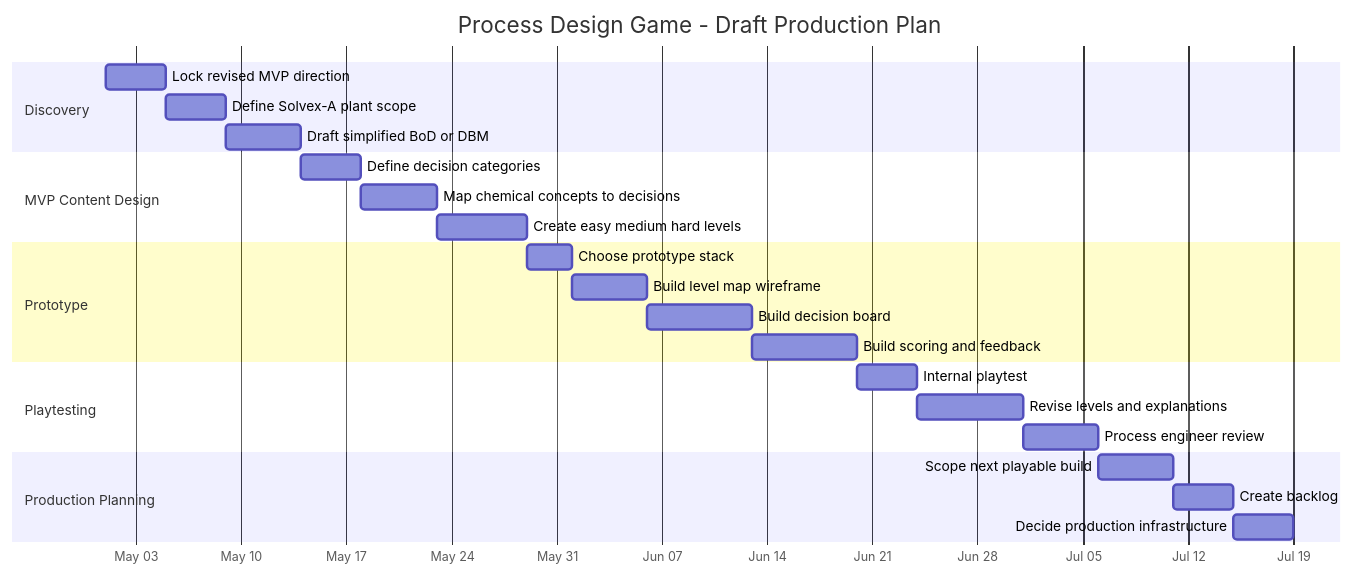
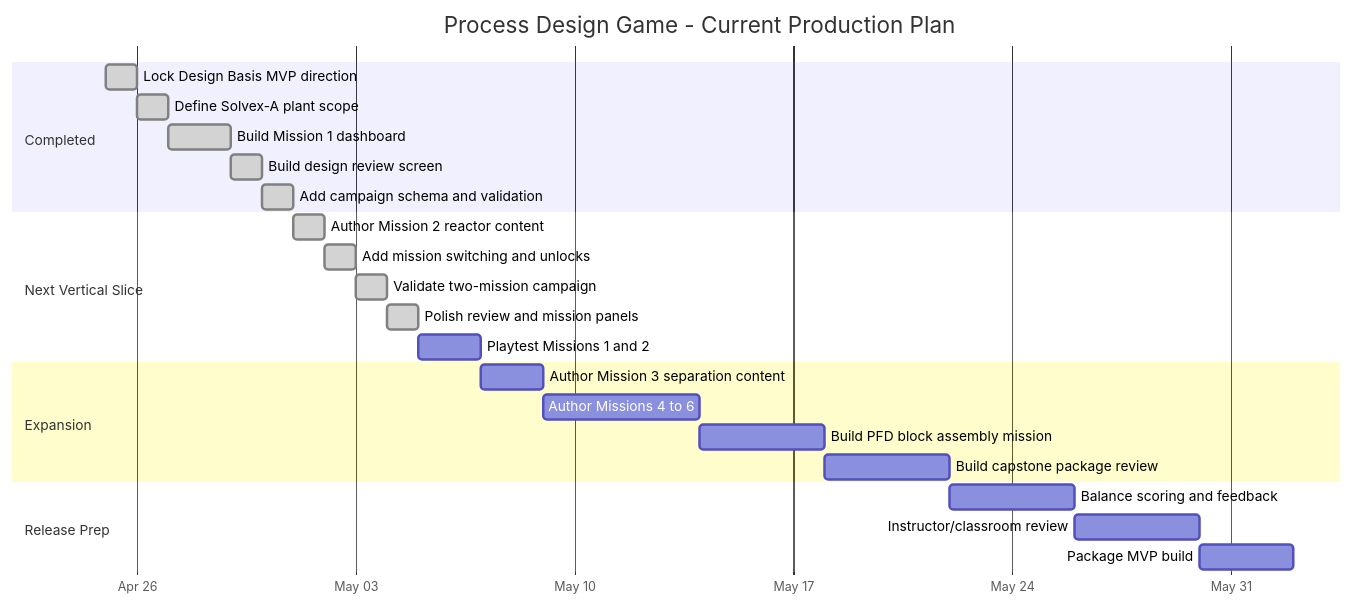
One commit to scds7xdxnd-bit/plant-ops-game changed the diagram in plant-ops-game-vault/03-production-plan/Production Gantt Chart.md. Above: the diagram before and after it, drawn with Mermaid. The commit also changed other lines of this file and 28 other files, not shown here.

Commit message:
Add campaign loader and presentation features, update scenario data schema

````diff
--- a/plant-ops-game-vault/03-production-plan/Production Gantt Chart.md
+++ b/plant-ops-game-vault/03-production-plan/Production Gantt Chart.md
@@ -5,32 +7,31 @@
 ```mermaid
 gantt
-  title Process Design Game - Draft Production Plan
+  title Process Design Game - Current Production Plan
   dateFormat  YYYY-MM-DD
   axisFormat  %b %d
 
-  section Discovery
-  Lock revised MVP direction          :a1, 2026-05-01, 4d
-  Define Solvex-A plant scope         :a2, after a1, 4d
-  Draft simplified BoD or DBM         :a3, after a2, 5d
+  section Completed
+  Lock Design Basis MVP direction     :done, a1, 2026-04-25, 1d
+  Define Solvex-A plant scope         :done, a2, after a1, 1d
+  Build Mission 1 dashboard           :done, a3, after a2, 2d
+  Build design review screen          :done, a4, after a3, 1d
+  Add campaign schema and validation  :done, a5, after a4, 1d
 
-  section MVP Content Design
-  Define decision categories          :b1, after a3, 4d
-  Map chemical concepts to decisions  :b2, after b1, 5d
-  Create easy medium hard levels      :b3, after b2, 6d
+  section Next Vertical Slice
+  Author Mission 2 reactor content    :done, b1, 2026-05-01, 1d
+  Add mission switching and unlocks   :done, b2, after b1, 1d
+  Validate two-mission campaign        :done, b3, after b2, 1d
+  Polish review and mission panels     :done, b4, after b3, 1d
+  Playtest Missions 1 and 2            :b5, after b4, 2d
 
-  section Prototype
-  Choose prototype stack              :c1, after b3, 3d
-  Build level map wireframe           :c2, after c1, 5d
-  Build decision board                :c3, after c2, 7d
-  Build scoring and feedback          :c4, after c3, 7d
+  section Expansion
+  Author Mission 3 separation content  :c0, after b5, 2d
+  Author Missions 4 to 6              :c1, after c0, 5d
+  Build PFD block assembly mission     :c2, after c1, 4d
+  Build capstone package review        :c3, after c2, 4d
 
-  section Playtesting
-  Internal playtest                   :d1, after c4, 4d
-  Revise levels and explanations      :d2, after d1, 7d
-  Process engineer review             :d3, after d2, 5d
-
-  section Production Planning
-  Scope next playable build           :e1, after d3, 5d
-  Create backlog                      :e2, after e1, 4d
-  Decide production infrastructure    :e3, after e2, 4d
+  section Release Prep
+  Balance scoring and feedback         :d1, after c3, 4d
+  Instructor/classroom review          :d2, after d1, 4d
+  Package MVP build                    :d3, after d2, 3d
 ```
````
